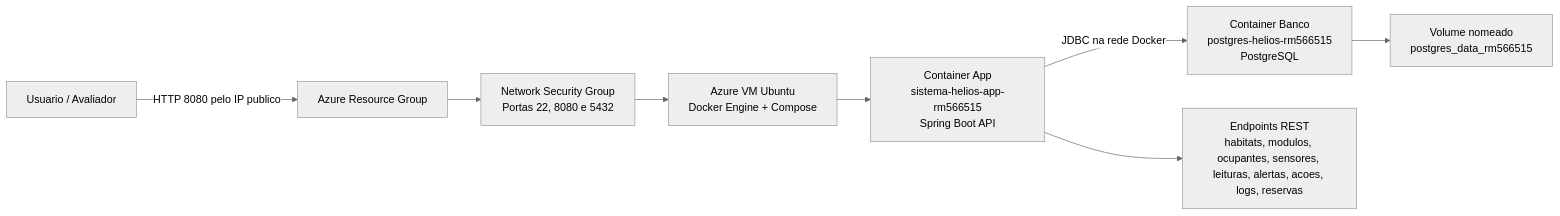
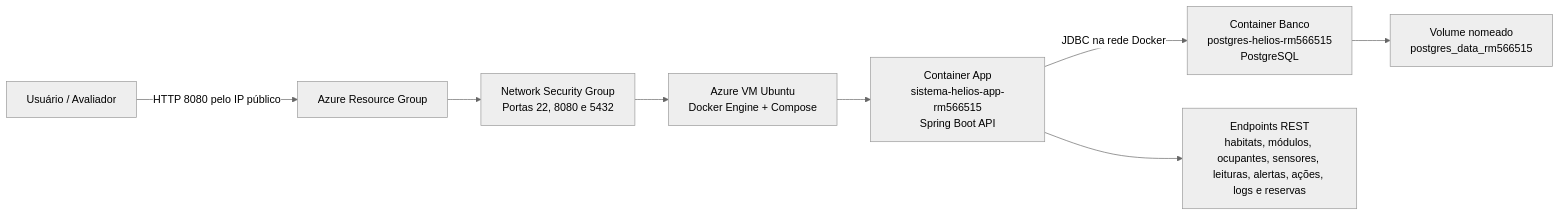
The diagram in README.md (TaikaWaititi/global-codeinstars-devops), drawn with Mermaid (neutral theme) before and after one commit. The commit also changed other lines of this file, not shown here.

````diff
--- a/README.md
+++ b/README.md
@@ -28,10 +30,10 @@
 ```mermaid
 flowchart LR
-    U["Usuario / Avaliador"] -->|HTTP 8080 pelo IP publico| AZ["Azure Resource Group"]
+    U["Usuário / Avaliador"] -->|HTTP 8080 pelo IP público| AZ["Azure Resource Group"]
     AZ --> NSG["Network Security Group<br/>Portas 22, 8080 e 5432"]
     NSG --> VM["Azure VM Ubuntu<br/>Docker Engine + Compose"]
     VM --> APP["Container App<br/>sistema-helios-app-rm566515<br/>Spring Boot API"]
     APP -->|JDBC na rede Docker| DB["Container Banco<br/>postgres-helios-rm566515<br/>PostgreSQL"]
     DB --> VOL["Volume nomeado<br/>postgres_data_rm566515"]
-    APP --> API["Endpoints REST<br/>habitats, modulos, ocupantes, sensores, leituras, alertas, acoes, logs, reservas"]
+    APP --> API["Endpoints REST<br/>habitats, módulos, ocupantes, sensores, leituras, alertas, ações, logs e reservas"]
 ```
````
